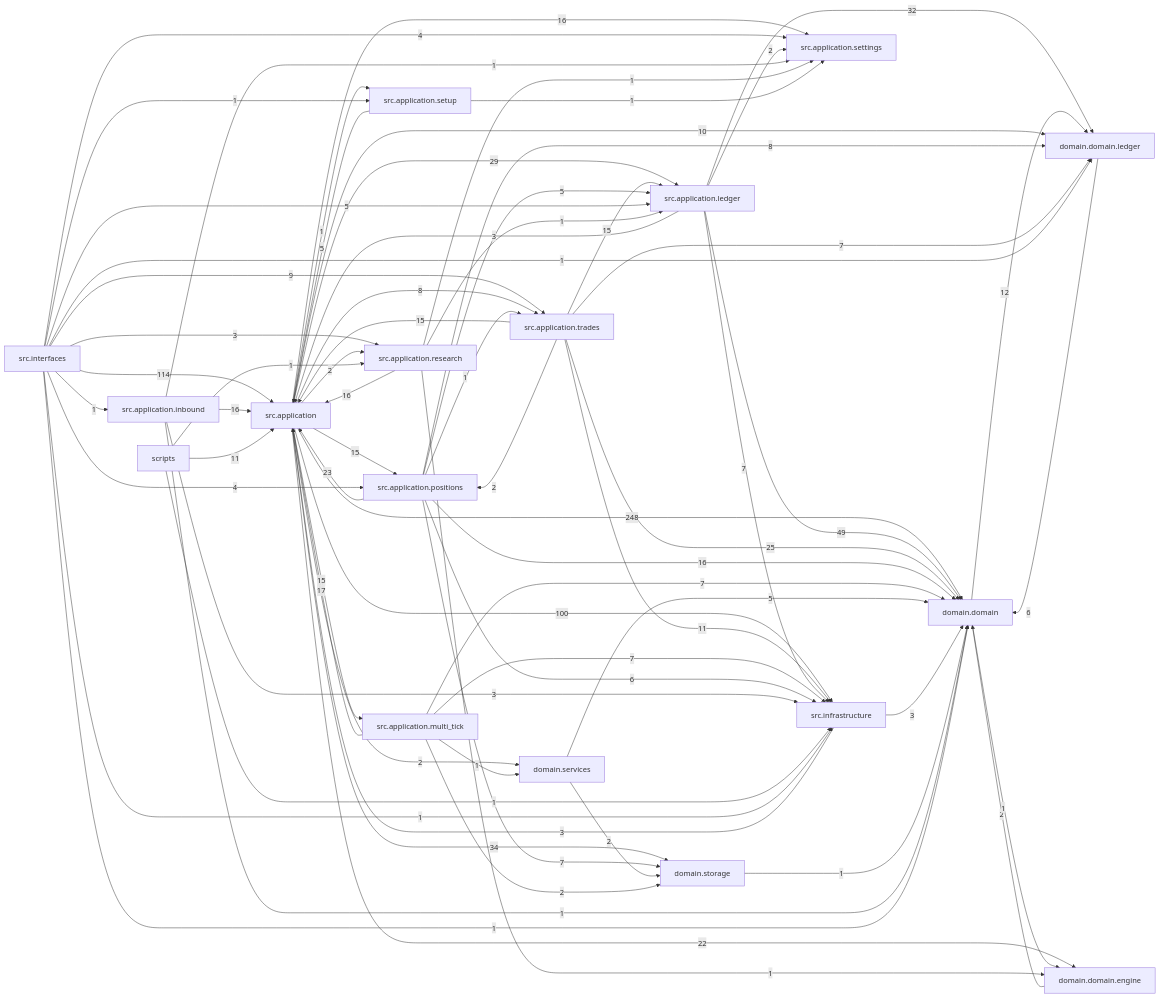
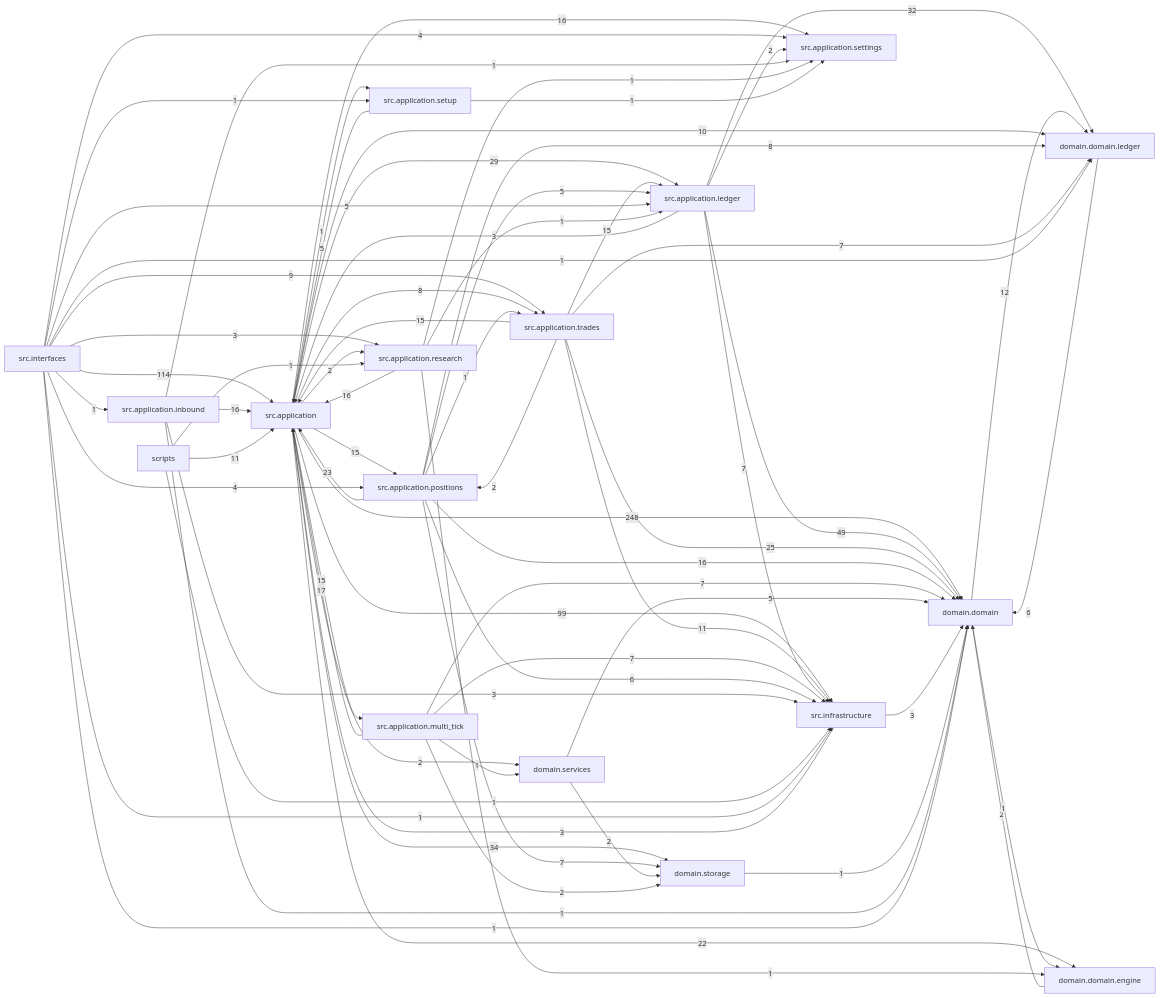
Before and after one commit to liuxie066/options-monitor: the diagram in docs/dependency_graph.mmd, drawn with Mermaid. The commit also changed 31 other files, not shown here.

```diff
--- a/docs/dependency_graph.mmd
+++ b/docs/dependency_graph.mmd
@@ -1,70 +1,70 @@
 flowchart LR
   src_application["src.application"] -->|248| domain_domain["domain.domain"]
   src_interfaces["src.interfaces"] -->|114| src_application["src.application"]
-  src_application["src.application"] -->|100| src_infrastructure["src.infrastructure"]
+  src_application["src.application"] -->|99| src_infrastructure["src.infrastructure"]
   src_application_ledger["src.application.ledger"] -->|49| domain_domain["domain.domain"]
   src_application["src.application"] -->|34| domain_storage["domain.storage"]
   src_application_ledger["src.application.ledger"] -->|32| domain_domain_ledger["domain.domain.ledger"]
   src_application["src.application"] -->|29| src_application_ledger["src.application.ledger"]
   src_application_trades["src.application.trades"] -->|25| domain_domain["domain.domain"]
   src_application_positions["src.application.positions"] -->|23| src_application["src.application"]
   src_application["src.application"] -->|22| domain_domain_engine["domain.domain.engine"]
   src_application_multi_tick["src.application.multi_tick"] -->|17| src_application["src.application"]
   src_application["src.application"] -->|16| src_application_settings["src.application.settings"]
   src_application_inbound["src.application.inbound"] -->|16| src_application["src.application"]
   src_application_positions["src.application.positions"] -->|16| domain_domain["domain.domain"]
   src_application_research["src.application.research"] -->|16| src_application["src.application"]
   src_application["src.application"] -->|15| src_application_multi_tick["src.application.multi_tick"]
   src_application["src.application"] -->|15| src_application_positions["src.application.positions"]
   src_application_trades["src.application.trades"] -->|15| src_application["src.application"]
   src_application_trades["src.application.trades"] -->|15| src_application_ledger["src.application.ledger"]
   domain_domain["domain.domain"] -->|12| domain_domain_ledger["domain.domain.ledger"]
   scripts["scripts"] -->|11| src_application["src.application"]
   src_application_trades["src.application.trades"] -->|11| src_infrastructure["src.infrastructure"]
   src_application["src.application"] -->|10| domain_domain_ledger["domain.domain.ledger"]
   src_interfaces["src.interfaces"] -->|9| src_application_trades["src.application.trades"]
   src_application["src.application"] -->|8| src_application_trades["src.application.trades"]
   src_application_positions["src.application.positions"] -->|8| domain_domain_ledger["domain.domain.ledger"]
   src_application_ledger["src.application.ledger"] -->|7| src_infrastructure["src.infrastructure"]
   src_application_multi_tick["src.application.multi_tick"] -->|7| domain_domain["domain.domain"]
   src_application_multi_tick["src.application.multi_tick"] -->|7| src_infrastructure["src.infrastructure"]
   src_application_positions["src.application.positions"] -->|7| domain_storage["domain.storage"]
   src_application_trades["src.application.trades"] -->|7| domain_domain_ledger["domain.domain.ledger"]
   domain_domain_ledger["domain.domain.ledger"] -->|6| domain_domain["domain.domain"]
   src_application_positions["src.application.positions"] -->|6| src_infrastructure["src.infrastructure"]
   domain_services["domain.services"] -->|5| domain_domain["domain.domain"]
   src_application_positions["src.application.positions"] -->|5| src_application_ledger["src.application.ledger"]
   src_application_setup["src.application.setup"] -->|5| src_application["src.application"]
   src_interfaces["src.interfaces"] -->|5| src_application_ledger["src.application.ledger"]
   src_interfaces["src.interfaces"] -->|4| src_application_positions["src.application.positions"]
   src_interfaces["src.interfaces"] -->|4| src_application_settings["src.application.settings"]
   src_application_inbound["src.application.inbound"] -->|3| src_infrastructure["src.infrastructure"]
   src_application_ledger["src.application.ledger"] -->|3| src_application["src.application"]
   src_infrastructure["src.infrastructure"] -->|3| domain_domain["domain.domain"]
   src_infrastructure["src.infrastructure"] -->|3| src_application["src.application"]
   src_interfaces["src.interfaces"] -->|3| src_application_research["src.application.research"]
   domain_domain_engine["domain.domain.engine"] -->|2| domain_domain["domain.domain"]
   domain_services["domain.services"] -->|2| domain_storage["domain.storage"]
   src_application["src.application"] -->|2| domain_services["domain.services"]
   src_application["src.application"] -->|2| src_application_research["src.application.research"]
   src_application_ledger["src.application.ledger"] -->|2| src_application_settings["src.application.settings"]
   src_application_multi_tick["src.application.multi_tick"] -->|2| domain_storage["domain.storage"]
   src_application_trades["src.application.trades"] -->|2| src_application_positions["src.application.positions"]
   domain_domain["domain.domain"] -->|1| domain_domain_engine["domain.domain.engine"]
   domain_storage["domain.storage"] -->|1| domain_domain["domain.domain"]
   scripts["scripts"] -->|1| src_application_research["src.application.research"]
   scripts["scripts"] -->|1| src_infrastructure["src.infrastructure"]
   src_application["src.application"] -->|1| src_application_setup["src.application.setup"]
   src_application_inbound["src.application.inbound"] -->|1| domain_domain["domain.domain"]
   src_application_inbound["src.application.inbound"] -->|1| src_application_settings["src.application.settings"]
   src_application_multi_tick["src.application.multi_tick"] -->|1| domain_services["domain.services"]
   src_application_positions["src.application.positions"] -->|1| src_application_trades["src.application.trades"]
   src_application_research["src.application.research"] -->|1| domain_domain_engine["domain.domain.engine"]
   src_application_research["src.application.research"] -->|1| src_application_ledger["src.application.ledger"]
   src_application_research["src.application.research"] -->|1| src_application_settings["src.application.settings"]
   src_application_setup["src.application.setup"] -->|1| src_application_settings["src.application.settings"]
   src_interfaces["src.interfaces"] -->|1| domain_domain["domain.domain"]
   src_interfaces["src.interfaces"] -->|1| domain_domain_ledger["domain.domain.ledger"]
   src_interfaces["src.interfaces"] -->|1| src_application_inbound["src.application.inbound"]
   src_interfaces["src.interfaces"] -->|1| src_application_setup["src.application.setup"]
   src_interfaces["src.interfaces"] -->|1| src_infrastructure["src.infrastructure"]
```
